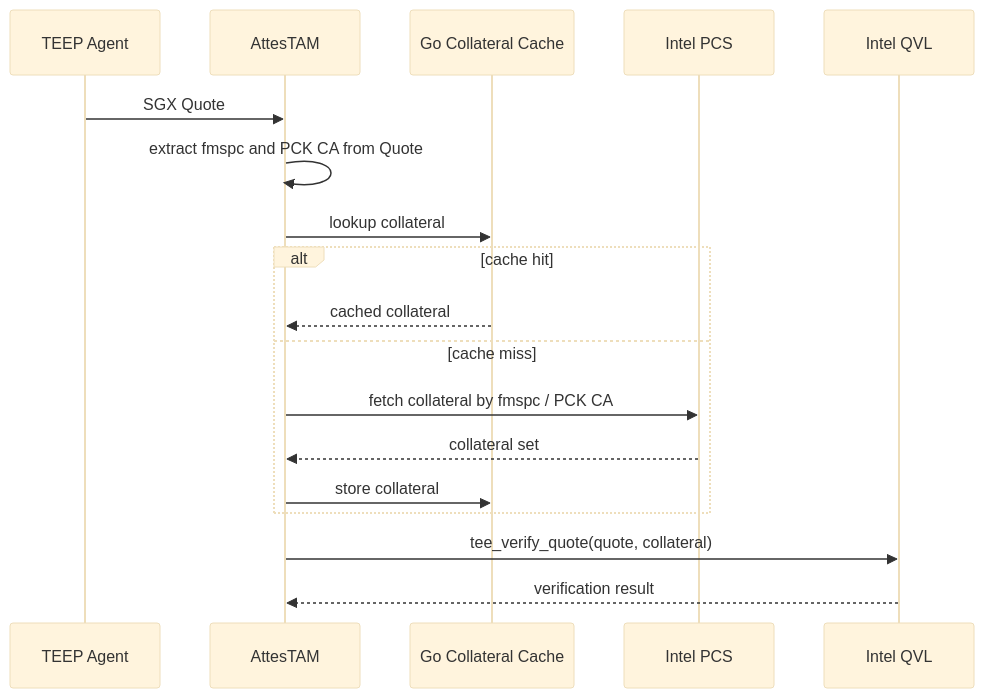
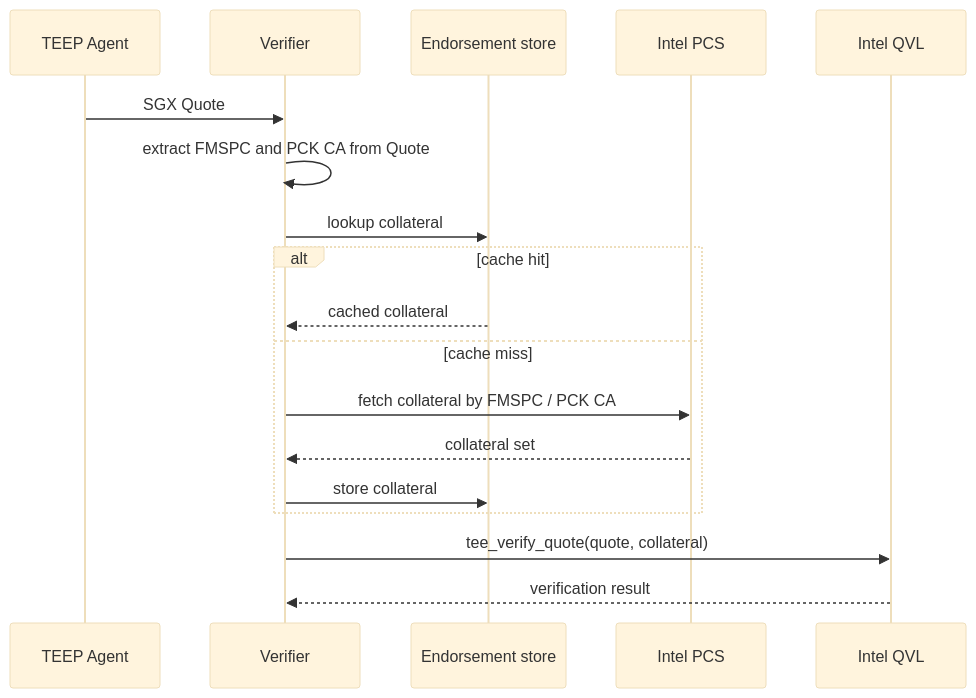
Before and after one commit to kentakayama/AttesTAM: the third of 3 diagrams in doc/SGX_QUOTE_VERIFICATION.md, drawn with Mermaid (base theme). The commit also changed other lines of this file and 2 other files, not shown here.

Commit message:
refactor: doc for SGX Quote Verification

````diff
--- a/doc/SGX_QUOTE_VERIFICATION.md
+++ b/doc/SGX_QUOTE_VERIFICATION.md
@@ -387,21 +338,21 @@
 ```mermaid
 sequenceDiagram
     participant A as TEEP Agent
-    participant T as AttesTAM
-    participant C as Go Collateral Cache
+    participant T as Verifier
+    participant C as Endorsement store
     participant P as Intel PCS
     participant Q as Intel QVL
 
     A->>T: SGX Quote
-    T->>T: extract fmspc and PCK CA from Quote
+    T->>T: extract FMSPC and PCK CA from Quote
     T->>C: lookup collateral
     alt cache hit
         C-->>T: cached collateral
     else cache miss
-        T->>P: fetch collateral by fmspc / PCK CA
+        T->>P: fetch collateral by FMSPC / PCK CA
         P-->>T: collateral set
         T->>C: store collateral
     end
     T->>Q: tee_verify_quote(quote, collateral)
     Q-->>T: verification result
 ```
````
